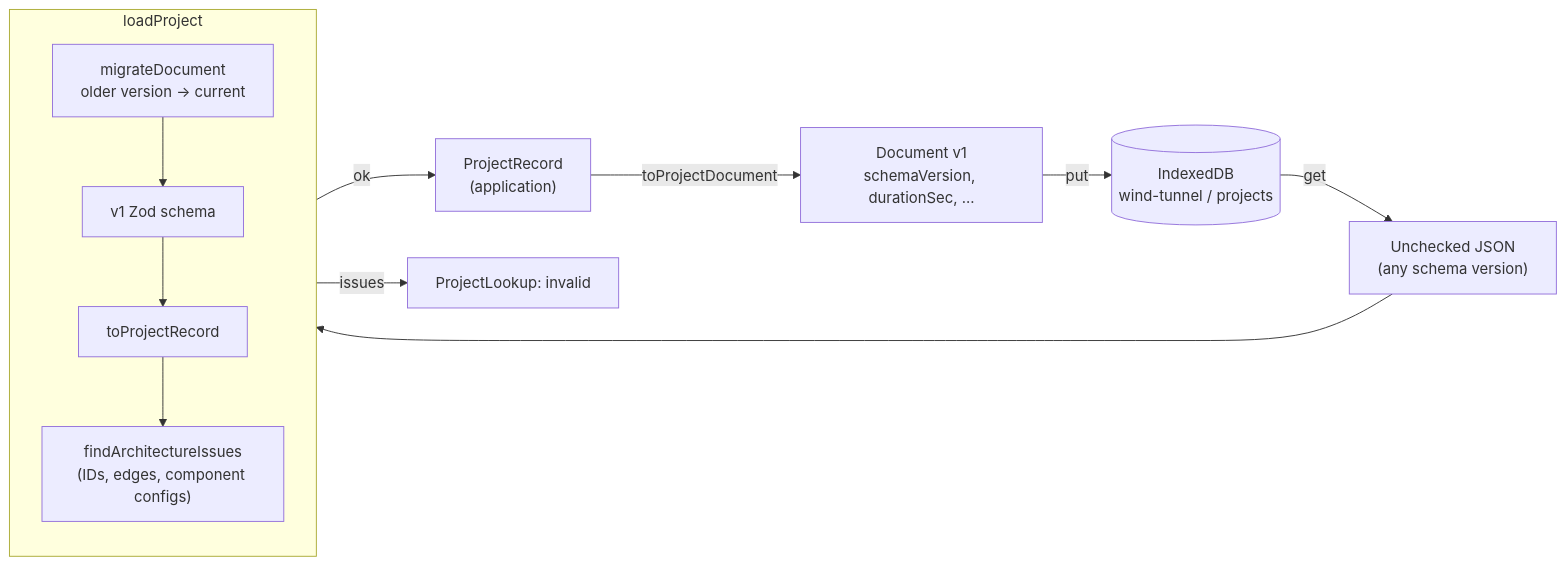
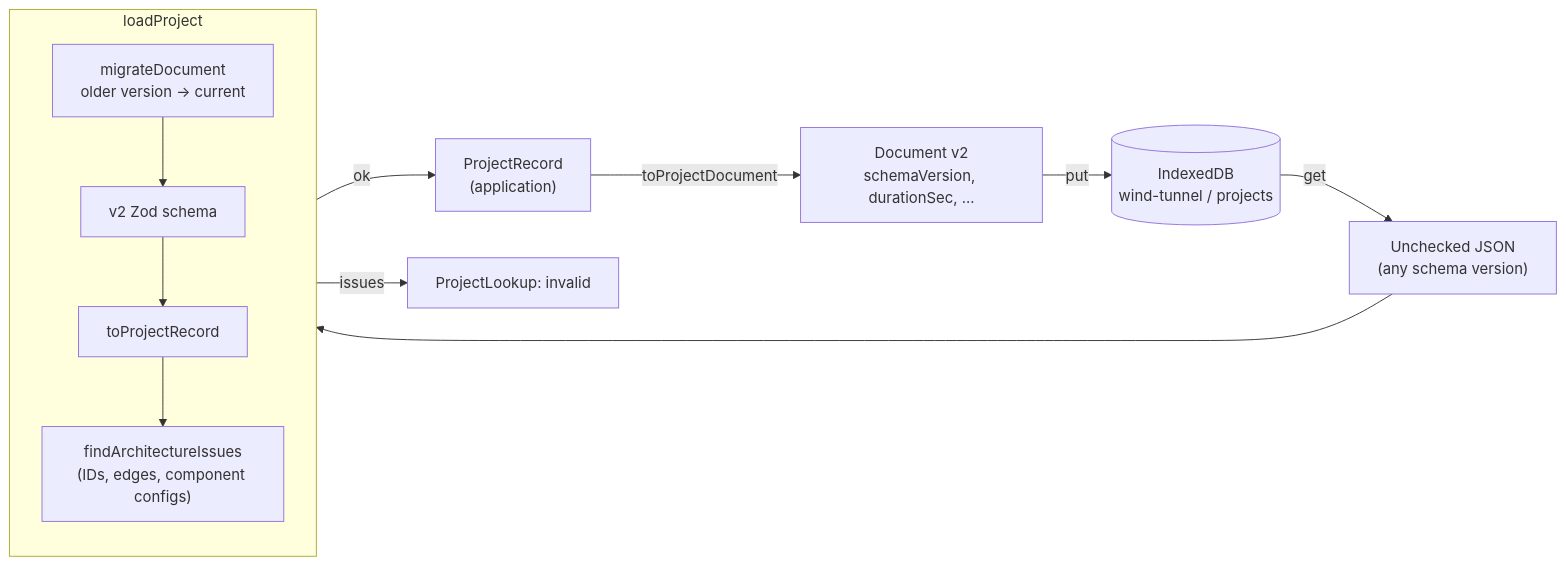
One commit to alanbickel/wind-tunnel changed the second of 2 diagrams in docs/architecture/application-layer.md. Above: the diagram before and after it, drawn with Mermaid. The commit also changed other lines of this file and 39 other files, not shown here.

Commit message:
feat: give workflow steps stable ids (schema v2) (#123)

````diff
--- a/docs/architecture/application-layer.md
+++ b/docs/architecture/application-layer.md
@@ -118,15 +118,15 @@
 ```mermaid
 flowchart LR
-    R["ProjectRecord<br/>(application)"] -->|toProjectDocument| D["Document v1<br/>schemaVersion, durationSec, ..."]
+    R["ProjectRecord<br/>(application)"] -->|toProjectDocument| D["Document v2<br/>schemaVersion, durationSec, ..."]
     D -->|put| DB[("IndexedDB<br/>wind-tunnel / projects")]
     DB -->|get| U["Unchecked JSON<br/>(any schema version)"]
     U --> L
     subgraph L["loadProject"]
         direction TB
-        M["migrateDocument<br/>older version → current"] --> S["v1 Zod schema"]
+        M["migrateDocument<br/>older version → current"] --> S["v2 Zod schema"]
         S --> TR["toProjectRecord"]
         TR --> V["findArchitectureIssues<br/>(IDs, edges, component configs)"]
     end
     L -->|ok| R
     L -->|issues| INV["ProjectLookup: invalid"]
 ```
````
